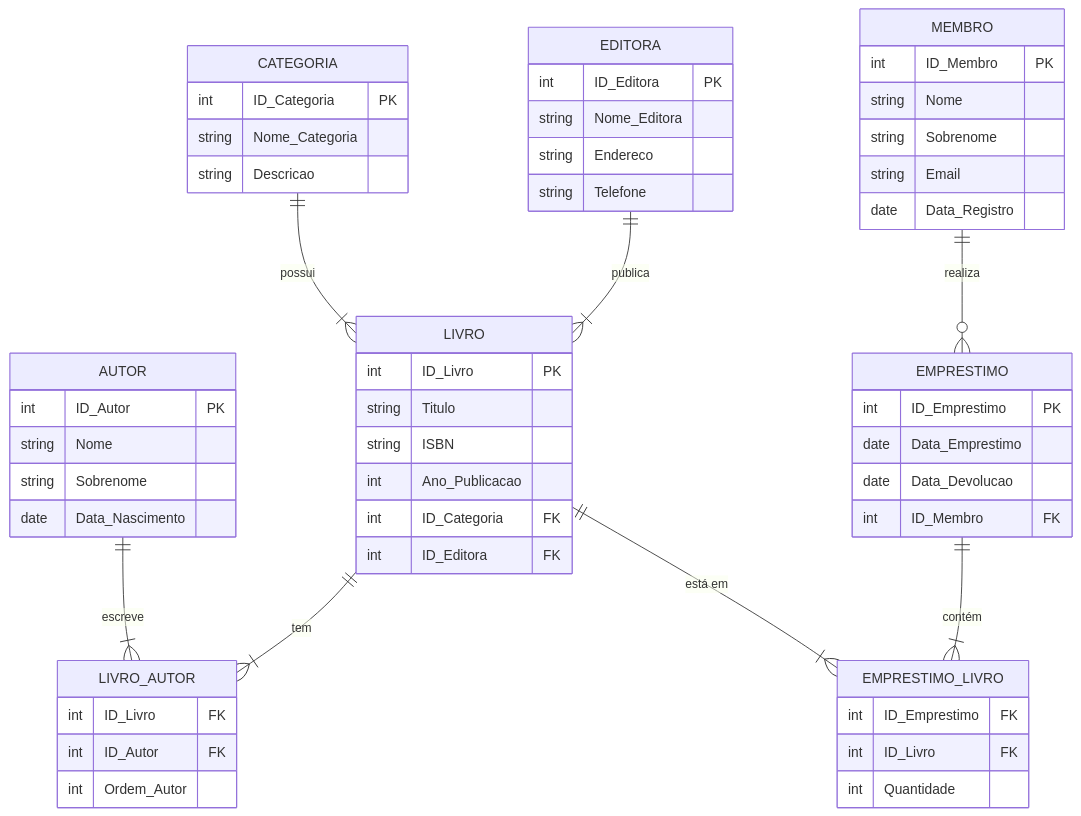
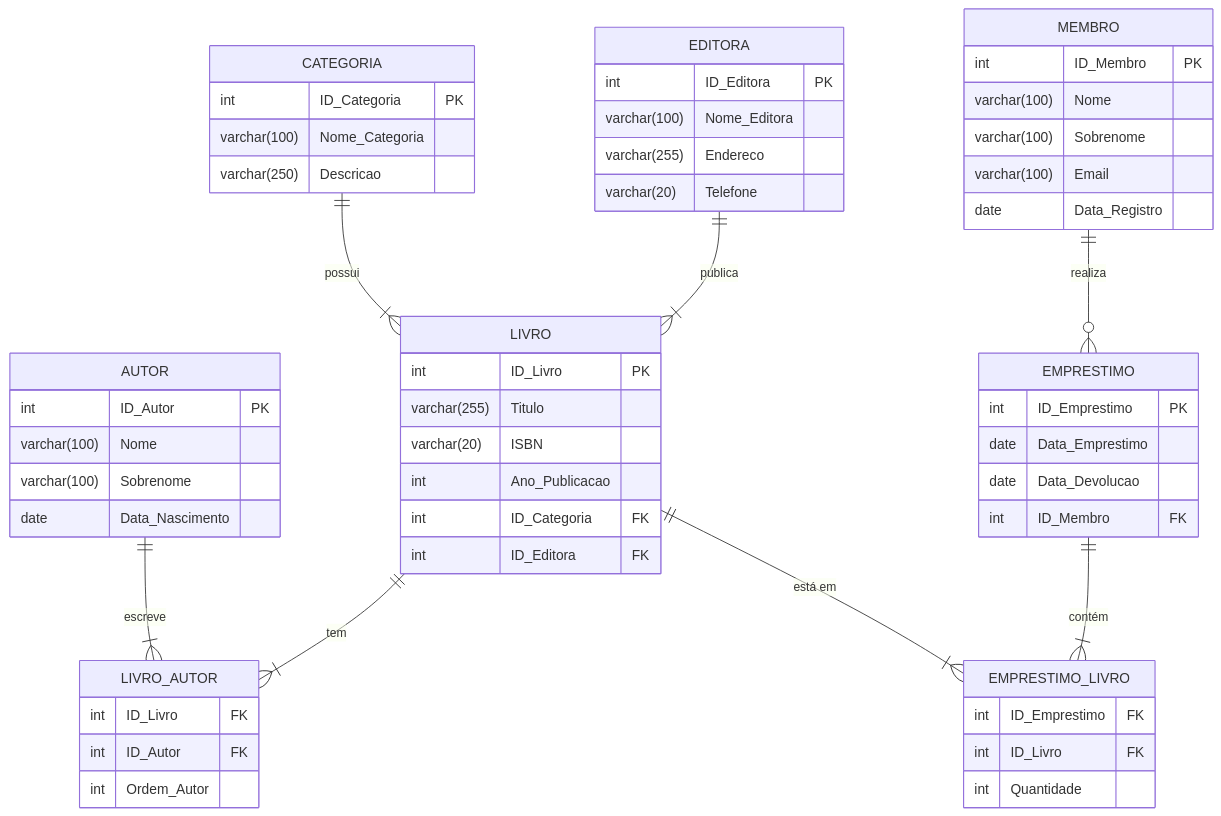
One commit to z0mer/PJ2.BANCO_DE_DADOS changed the diagram in MR.md. Above: the diagram before and after it, drawn with Mermaid.

````diff
--- a/MR.md
+++ b/MR.md
@@ -3,69 +3,69 @@
 ```mermaid
 erDiagram
     CATEGORIA {
         int ID_Categoria PK
-        string Nome_Categoria
-        string Descricao
+        varchar(100) Nome_Categoria
+        varchar(250) Descricao
     }
 
     EDITORA {
         int ID_Editora PK
-        string Nome_Editora
-        string Endereco
-        string Telefone
+        varchar(100) Nome_Editora
+        varchar(255) Endereco
+        varchar(20) Telefone
     }
 
     AUTOR {
         int ID_Autor PK
-        string Nome
-        string Sobrenome
+        varchar(100) Nome
+        varchar(100) Sobrenome
         date Data_Nascimento
     }
 
     LIVRO {
         int ID_Livro PK
-        string Titulo
-        string ISBN
+        varchar(255) Titulo
+        varchar(20) ISBN
         int Ano_Publicacao
         int ID_Categoria FK
         int ID_Editora FK
     }
 
     MEMBRO {
         int ID_Membro PK
-        string Nome
-        string Sobrenome
-        string Email
+        varchar(100) Nome
+        varchar(100) Sobrenome
+        varchar(100) Email
         date Data_Registro
     }
 
     EMPRESTIMO {
         int ID_Emprestimo PK
         date Data_Emprestimo
         date Data_Devolucao
         int ID_Membro FK
     }
 
     LIVRO_AUTOR {
         int ID_Livro FK
         int ID_Autor FK
         int Ordem_Autor
     }
 
     EMPRESTIMO_LIVRO {
         int ID_Emprestimo FK
         int ID_Livro FK
         int Quantidade
     }
 
     %% Relacionamentos
 
     CATEGORIA ||--|{ LIVRO : "possui"
     EDITORA ||--|{ LIVRO : "publica"
     AUTOR ||--|{ LIVRO_AUTOR : "escreve"
     LIVRO ||--|{ LIVRO_AUTOR : "tem"
     MEMBRO ||--o{ EMPRESTIMO : "realiza"
     EMPRESTIMO ||--|{ EMPRESTIMO_LIVRO : "contém"
     LIVRO ||--|{ EMPRESTIMO_LIVRO : "está em"
 
 ```
````
